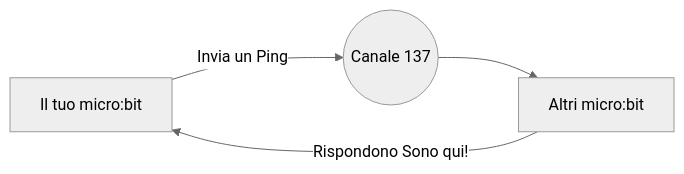
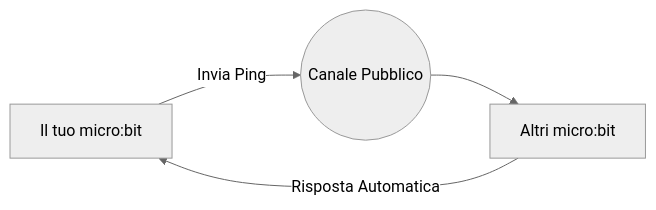
The first of 4 diagrams in README.md (pgiudici13/MicrobitRadiov3), drawn with Mermaid (neutral theme) before and after one commit. The commit also changed other lines of this file, not shown here.

````diff
--- a/README.md
+++ b/README.md
@@ -37,6 +37,6 @@
 ```mermaid
 graph LR
-    Mittente[Il tuo micro:bit] -->|Invia un Ping| Rete((Canale 137))
+    Mittente[Il tuo micro:bit] -->|Invia Ping| Rete((Canale Pubblico))
     Rete --> Riceventi[Altri micro:bit]
-    Riceventi -->|Rispondono Sono qui!| Mittente
+    Riceventi -->|Risposta Automatica| Mittente
 ```
````
